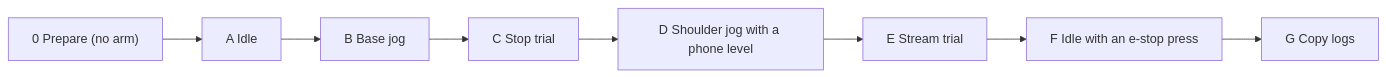
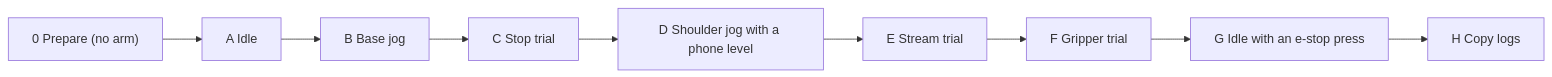
Before and after one commit to Sebastianr8243/scorbot-er4u-python: the diagram in docs/lab/LAB_DAY_CARD.md, drawn with Mermaid. The commit also changed other lines of this file and 9 other files, not shown here.

First line of the commit message:
Add the supervised gripper trial and its step on the lab day card

````diff
--- a/docs/lab/LAB_DAY_CARD.md
+++ b/docs/lab/LAB_DAY_CARD.md
@@ -7,10 +7,11 @@
 ```mermaid
 flowchart LR
   P["0 Prepare (no arm)"] --> A["A Idle"]
   A --> B["B Base jog"]
   B --> C["C Stop trial"]
   C --> D["D Shoulder jog with a phone level"]
   D --> E["E Stream trial"]
-  E --> F["F Idle with an e-stop press"]
-  F --> G["G Copy logs"]
+  E --> F["F Gripper trial"]
+  F --> G["G Idle with an e-stop press"]
+  G --> H["H Copy logs"]
 ```
````
